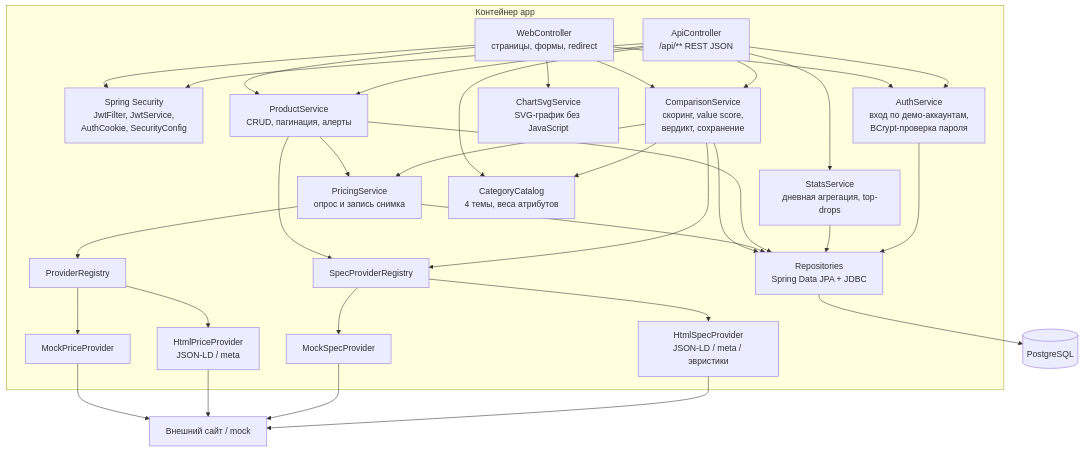
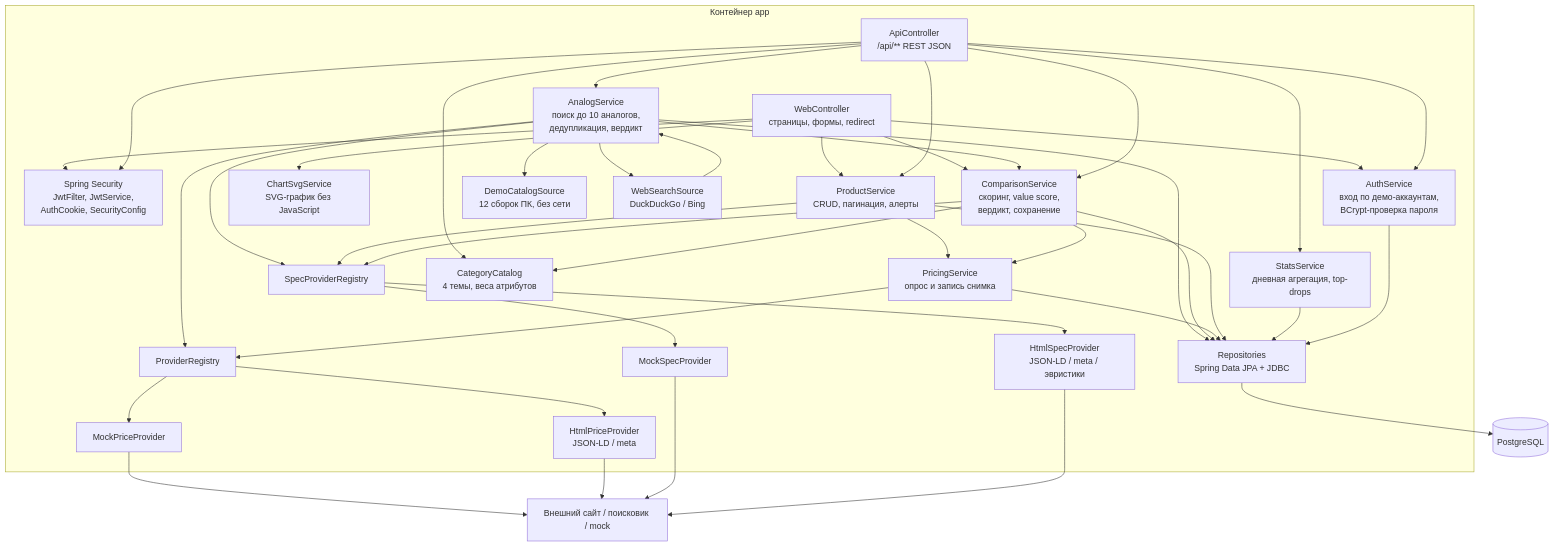
One commit to brawlat12344-ops/pricetracker changed the third of 4 diagrams in docs/c4.md. Above: the diagram before and after it, drawn with Mermaid. The commit also changed other lines of this file and 21 other files, not shown here.

````diff
--- a/docs/c4.md
+++ b/docs/c4.md
@@ -63,57 +63,68 @@
 ```mermaid
 flowchart TB
     subgraph APP["Контейнер app"]
         WEB["WebController<br/>страницы, формы, redirect"]
         API["ApiController<br/>/api/** REST JSON"]
         SEC["Spring Security<br/>JwtFilter, JwtService,<br/>AuthCookie, SecurityConfig"]
         AUTH["AuthService<br/>вход по демо-аккаунтам,<br/>BCrypt-проверка пароля"]
         PROD["ProductService<br/>CRUD, пагинация, алерты"]
         STAT["StatsService<br/>дневная агрегация, top-drops"]
         CHART["ChartSvgService<br/>SVG-график без JavaScript"]
         PRICE["PricingService<br/>опрос и запись снимка"]
         REG["ProviderRegistry"]
         MOCK["MockPriceProvider"]
         HTML["HtmlPriceProvider<br/>JSON-LD / meta"]
         CAT["CategoryCatalog<br/>4 темы, веса атрибутов"]
         CMP["ComparisonService<br/>скоринг, value score,<br/>вердикт, сохранение"]
         SREG["SpecProviderRegistry"]
         SMOCK["MockSpecProvider"]
         SHTML["HtmlSpecProvider<br/>JSON-LD / meta / эвристики"]
+        AN["AnalogService<br/>поиск до 10 аналогов,<br/>дедупликация, вердикт"]
+        DEMO["DemoCatalogSource<br/>12 сборок ПК, без сети"]
+        WSEARCH["WebSearchSource<br/>DuckDuckGo / Bing"]
         REPO["Repositories<br/>Spring Data JPA + JDBC"]
     end
 
     DB[("PostgreSQL")]
-    EXT["Внешний сайт / mock"]
+    EXT["Внешний сайт / поисковик / mock"]
 
     WEB --> SEC
     API --> SEC
     WEB --> AUTH
     API --> AUTH
     WEB --> PROD
     API --> PROD
     API --> STAT
     WEB --> CHART
     WEB --> CMP
+    WSEARCH --> AN
+    API --> AN
+    AN --> DEMO
+    AN --> WSEARCH
+    AN --> CMP
+    AN --> REG
+    AN --> SREG
+    AN --> REPO
     API --> CAT
     API --> CMP
     PROD --> PRICE
     PROD --> SREG
     CMP --> PRICE
     CMP --> CAT
     CMP --> SREG
     CMP --> REPO
     PRICE --> REG
     REG --> MOCK
     REG --> HTML
     SREG --> SMOCK
     SREG --> SHTML
     PRICE --> REPO
     PROD --> REPO
     STAT --> REPO
     AUTH --> REPO
     REPO --> DB
     MOCK --> EXT
     HTML --> EXT
     SMOCK --> EXT
     SHTML --> EXT
 ```
````
